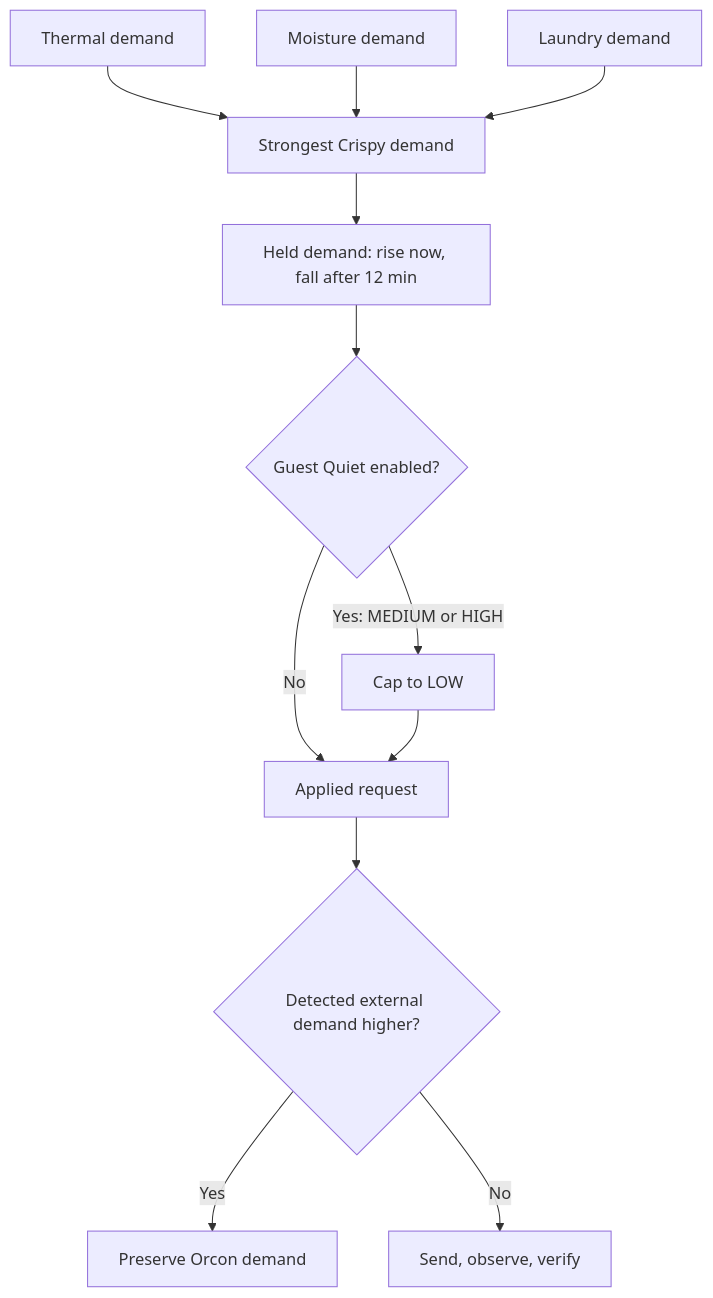
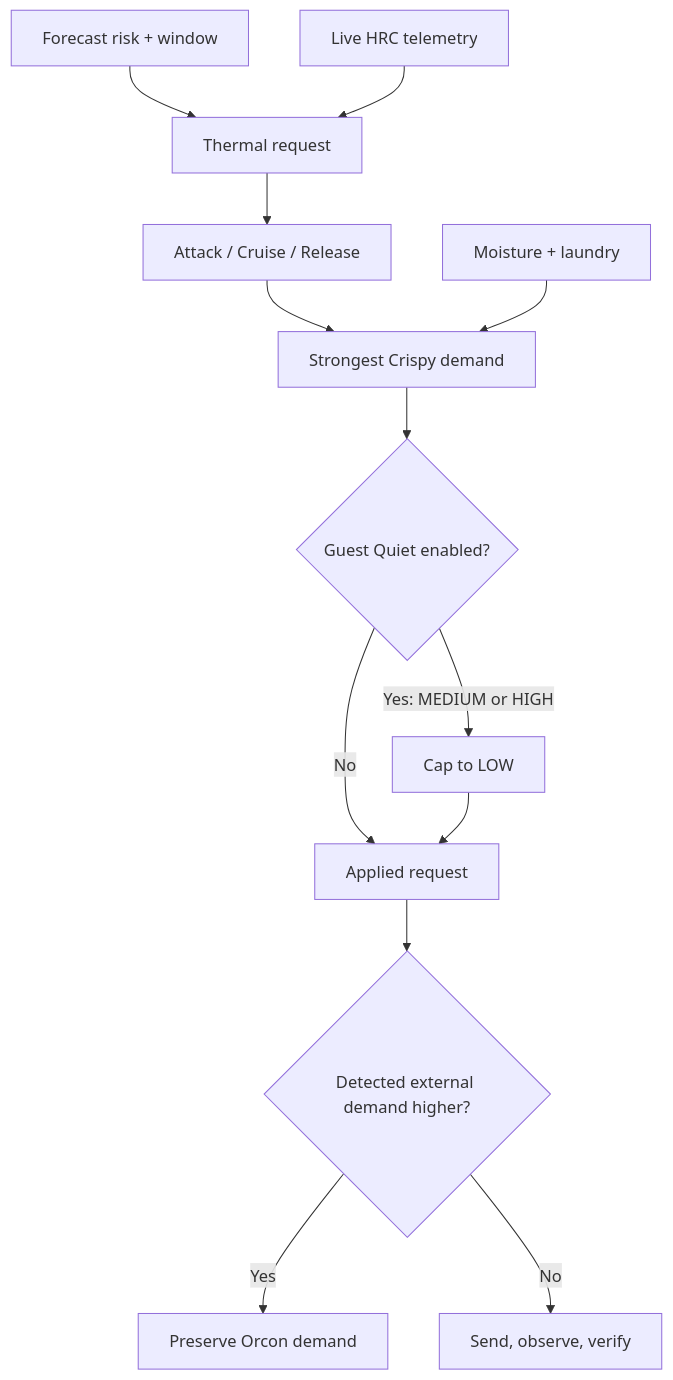
One commit to Sidlegionair/crispy changed the second of 3 diagrams in README.md. Above: the diagram before and after it, drawn with Mermaid. The commit also changed other lines of this file and 3 other files, not shown here.

````diff
--- a/README.md
+++ b/README.md
@@ -35,14 +35,15 @@
 ```mermaid
 flowchart TD
-    T[Thermal demand] --> A["Strongest Crispy demand"]
-    M[Moisture demand] --> A
-    L[Laundry demand] --> A
-    A --> H["Held demand: rise now, fall after 12 min"]
-    H --> Q{"Guest Quiet enabled?"}
+    F["Forecast risk + window"] --> T["Thermal request"]
+    H["Live HRC telemetry"] --> T
+    T --> P["Attack / Cruise / Release"]
+    P --> A["Strongest Crispy demand"]
+    M["Moisture + laundry"] --> A
+    A --> Q{"Guest Quiet enabled?"}
     Q -->|No| R["Applied request"]
     Q -->|"Yes: MEDIUM or HIGH"| C["Cap to LOW"]
     C --> R
     R --> E{"Detected external demand higher?"}
-    E -->|Yes| P["Preserve Orcon demand"]
+    E -->|Yes| V["Preserve Orcon demand"]
     E -->|No| X["Send, observe, verify"]
 ```
````
